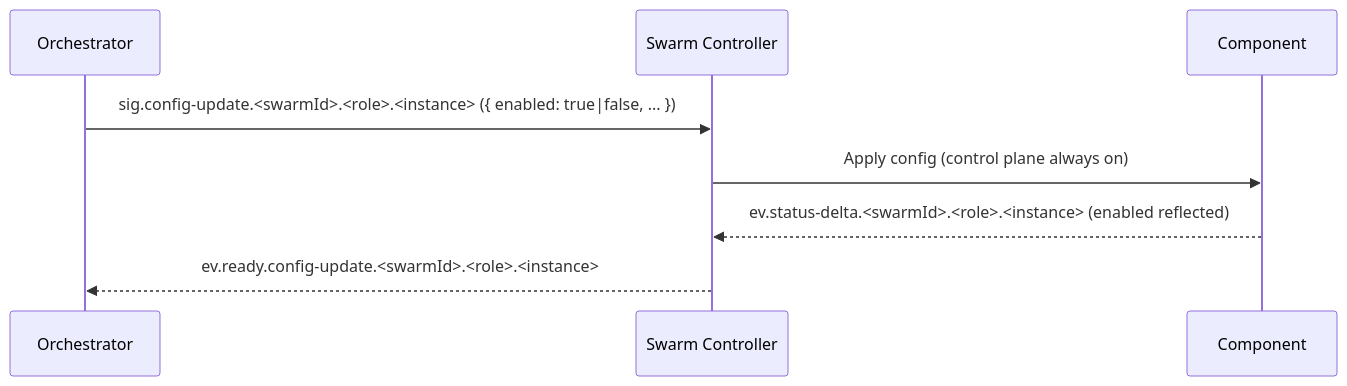
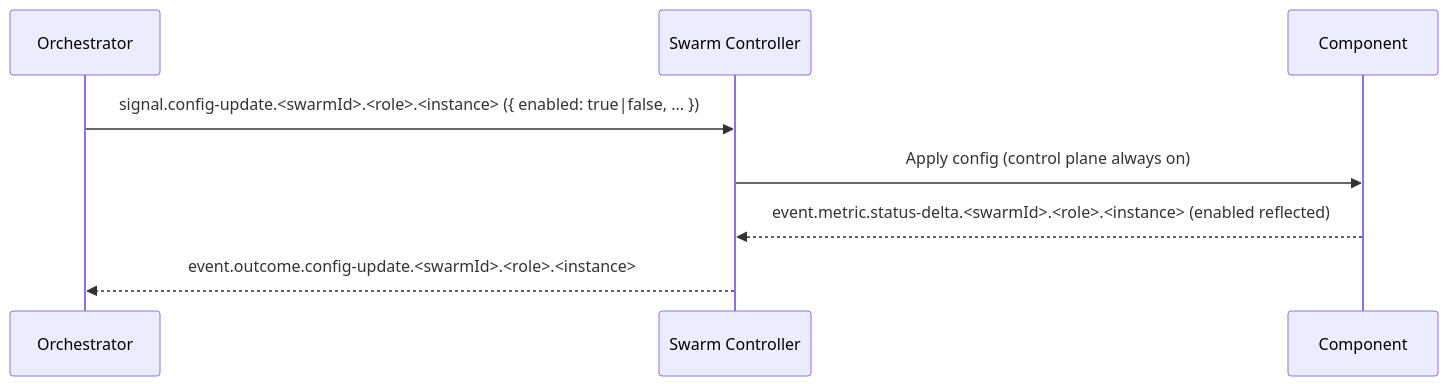
Before and after one commit to sepa79/PocketHive: the third of 6 diagrams in docs/ARCHITECTURE.md, drawn with Mermaid. The commit also changed other lines of this file and 13 other files, not shown here.

````diff
--- a/docs/ARCHITECTURE.md
+++ b/docs/ARCHITECTURE.md
@@ -232,11 +377,11 @@
 ```mermaid
 sequenceDiagram
   participant QN as Orchestrator
   participant MSH as Swarm Controller
   participant CMP as Component
 
-  QN->>MSH: sig.config-update.<swarmId>.<role>.<instance> ({ enabled: true|false, ... })
+  QN->>MSH: signal.config-update.<swarmId>.<role>.<instance> ({ enabled: true|false, ... })
   MSH->>CMP: Apply config (control plane always on)
-  CMP-->>MSH: ev.status-delta.<swarmId>.<role>.<instance> (enabled reflected)
-  MSH-->>QN: ev.ready.config-update.<swarmId>.<role>.<instance>
+  CMP-->>MSH: event.metric.status-delta.<swarmId>.<role>.<instance> (enabled reflected)
+  MSH-->>QN: event.outcome.config-update.<swarmId>.<role>.<instance>
 ```
````
